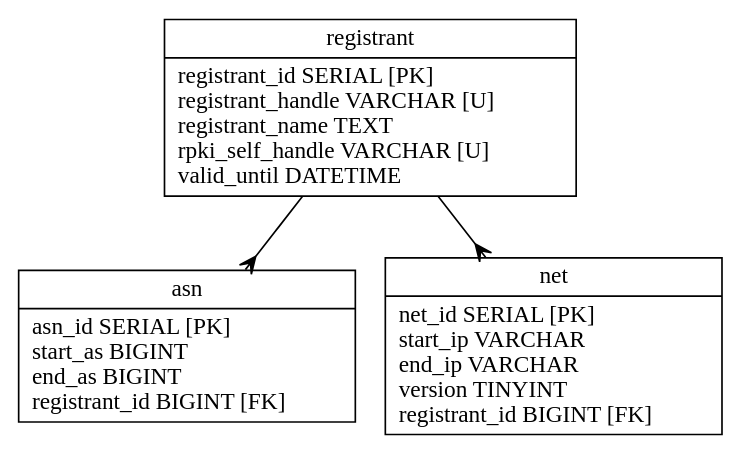
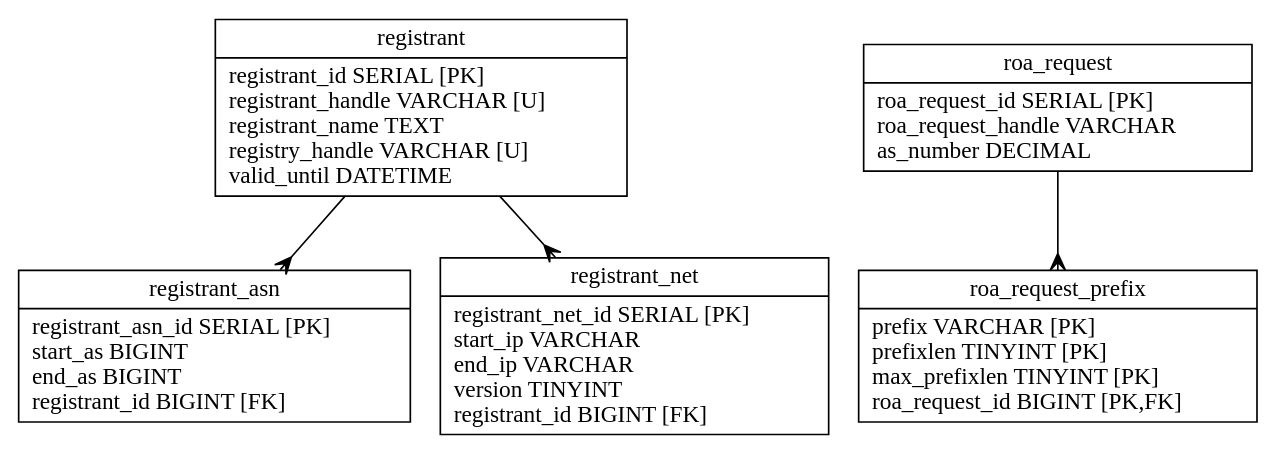
The diagram in rpkid/doc/irdbd.dot (dragonresearch/rpki.net), drawn with Graphviz before and after one commit. The commit also changed 10 other files, not shown here.

```diff
--- a/rpkid/doc/irdbd.dot
+++ b/rpkid/doc/irdbd.dot
@@ -1,12 +1,15 @@
 // Automatically generated from irdbd.sql
 
 digraph test {
 	edge [arrowtail=none, arrowhead=crow];
 	graph [ratio=fill, overlap=false, bgcolor=white];
 	node [label="\N", fillcolor=white, shape=record, style=filled];
-	registrant [label="{registrant\n|registrant_id\ SERIAL\ [PK]\lregistrant_handle\ VARCHAR\ [U]\lregistrant_name\ TEXT\lrpki_self_handle\ VARCHAR\ [U]\lvalid_until\ DATETIME\l}"];
-	asn [label="{asn\n|asn_id\ SERIAL\ [PK]\lstart_as\ BIGINT\lend_as\ BIGINT\lregistrant_id\ BIGINT\ [FK]\l}"];
-	net [label="{net\n|net_id\ SERIAL\ [PK]\lstart_ip\ VARCHAR\lend_ip\ VARCHAR\lversion\ TINYINT\lregistrant_id\ BIGINT\ [FK]\l}"];
-	registrant -> asn;
-	registrant -> net;
+	registrant [label="{registrant\n|registrant_id\ SERIAL\ [PK]\lregistrant_handle\ VARCHAR\ [U]\lregistrant_name\ TEXT\lregistry_handle\ VARCHAR\ [U]\lvalid_until\ DATETIME\l}"];
+	registrant_asn [label="{registrant_asn\n|registrant_asn_id\ SERIAL\ [PK]\lstart_as\ BIGINT\lend_as\ BIGINT\lregistrant_id\ BIGINT\ [FK]\l}"];
+	registrant_net [label="{registrant_net\n|registrant_net_id\ SERIAL\ [PK]\lstart_ip\ VARCHAR\lend_ip\ VARCHAR\lversion\ TINYINT\lregistrant_id\ BIGINT\ [FK]\l}"];
+	roa_request [label="{roa_request\n|roa_request_id\ SERIAL\ [PK]\lroa_request_handle\ VARCHAR\las_number\ DECIMAL\l}"];
+	roa_request_prefix [label="{roa_request_prefix\n|prefix\ VARCHAR\ [PK]\lprefixlen\ TINYINT\ [PK]\lmax_prefixlen\ TINYINT\ [PK]\lroa_request_id\ BIGINT\ [PK,FK]\l}"];
+	registrant -> registrant_asn;
+	registrant -> registrant_net;
+	roa_request -> roa_request_prefix;
 }
```
